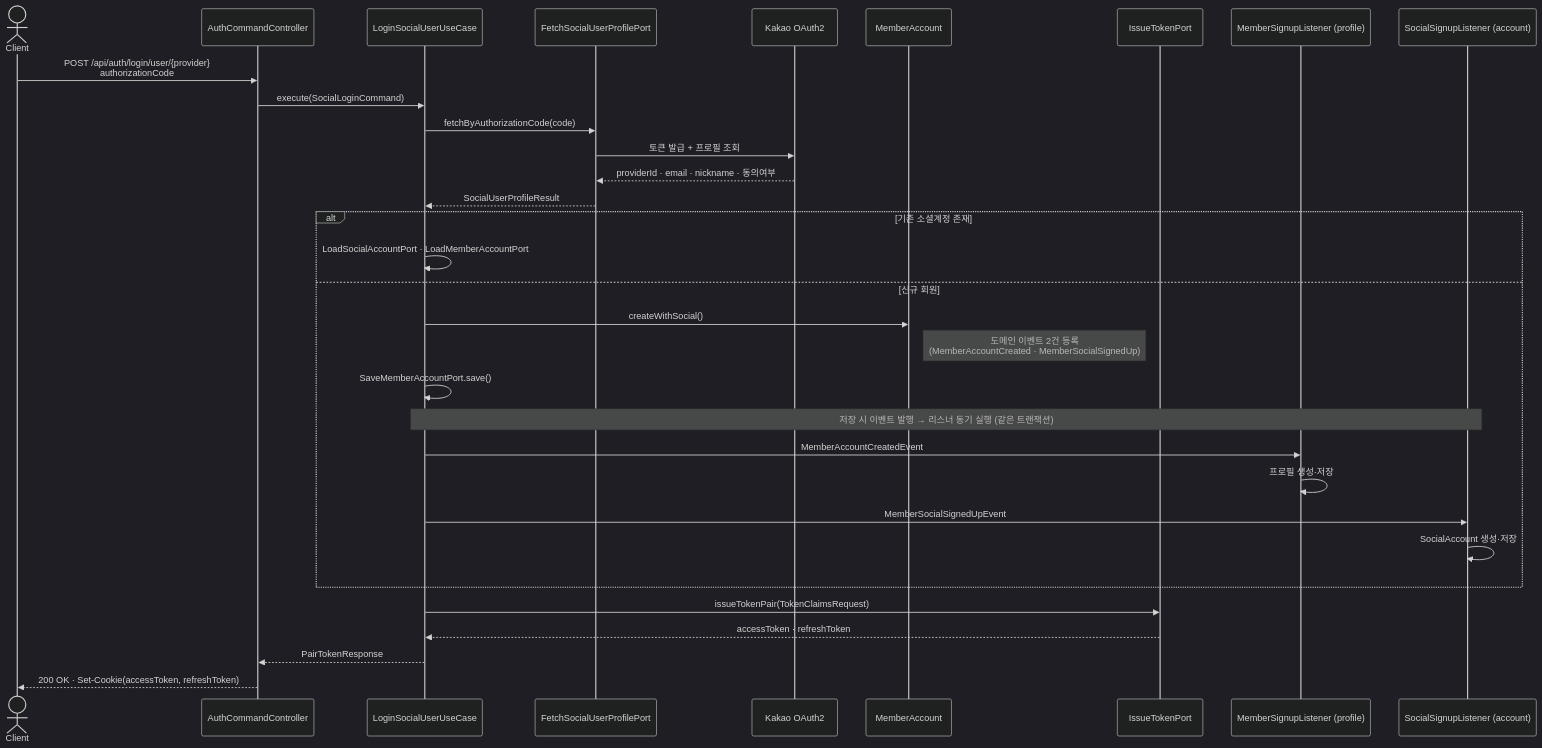
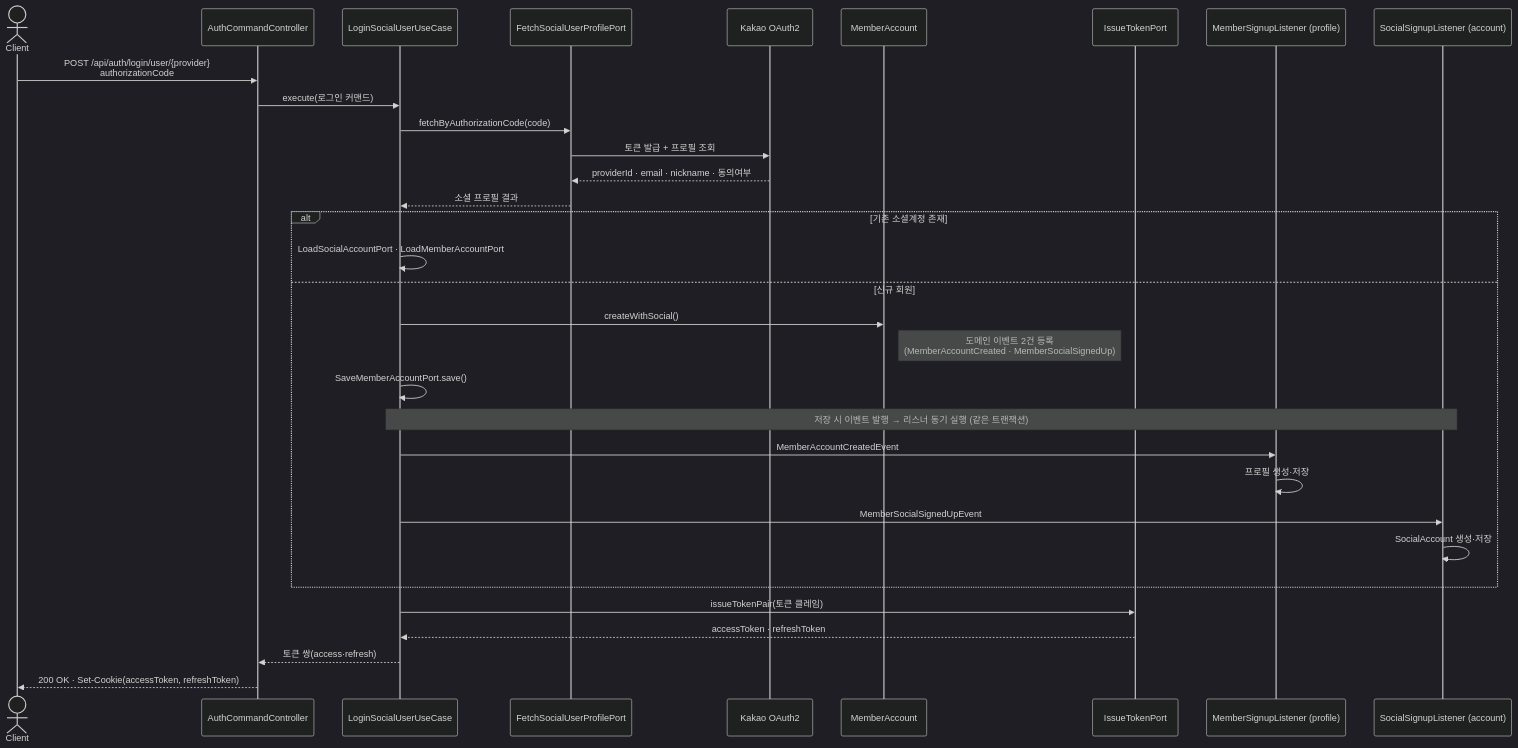
The second of 5 diagrams in docs/diagram/account/auth-flow.md (hirecore/hirecore-member-server), drawn with Mermaid (dark theme) before and after one commit. The commit also changed 6 other files, not shown here.

Commit message:
docs: 다이어그램의 낡은 DTO/포트 식별자 갱신 (DTO 중첩·SharedPort 반영)

````diff
--- a/docs/diagram/account/auth-flow.md
+++ b/docs/diagram/account/auth-flow.md
@@ -41,37 +41,37 @@
 ```mermaid
 sequenceDiagram
     actor Client
     participant Ctrl as AuthCommandController
     participant UC as LoginSocialUserUseCase
     participant Fetch as FetchSocialUserProfilePort
     participant Kakao as Kakao OAuth2
     participant Member as MemberAccount
     participant Token as IssueTokenPort
     participant PL as MemberSignupListener (profile)
     participant AL as SocialSignupListener (account)
 
     Client->>Ctrl: POST /api/auth/login/user/{provider}<br/>authorizationCode
-    Ctrl->>UC: execute(SocialLoginCommand)
+    Ctrl->>UC: execute(로그인 커맨드)
     UC->>Fetch: fetchByAuthorizationCode(code)
     Fetch->>Kakao: 토큰 발급 + 프로필 조회
     Kakao-->>Fetch: providerId · email · nickname · 동의여부
-    Fetch-->>UC: SocialUserProfileResult
+    Fetch-->>UC: 소셜 프로필 결과
 
     alt 기존 소셜계정 존재
         UC->>UC: LoadSocialAccountPort · LoadMemberAccountPort
     else 신규 회원
         UC->>Member: createWithSocial()
         Note right of Member: 도메인 이벤트 2건 등록<br/>(MemberAccountCreated · MemberSocialSignedUp)
         UC->>UC: SaveMemberAccountPort.save()
         Note over UC,AL: 저장 시 이벤트 발행 → 리스너 동기 실행 (같은 트랜잭션)
         UC->>PL: MemberAccountCreatedEvent
         PL->>PL: 프로필 생성·저장
         UC->>AL: MemberSocialSignedUpEvent
         AL->>AL: SocialAccount 생성·저장
     end
 
-    UC->>Token: issueTokenPair(TokenClaimsRequest)
+    UC->>Token: issueTokenPair(토큰 클레임)
     Token-->>UC: accessToken · refreshToken
-    UC-->>Ctrl: PairTokenResponse
+    UC-->>Ctrl: 토큰 쌍(access·refresh)
     Ctrl-->>Client: 200 OK · Set-Cookie(accessToken, refreshToken)
 ```
````
